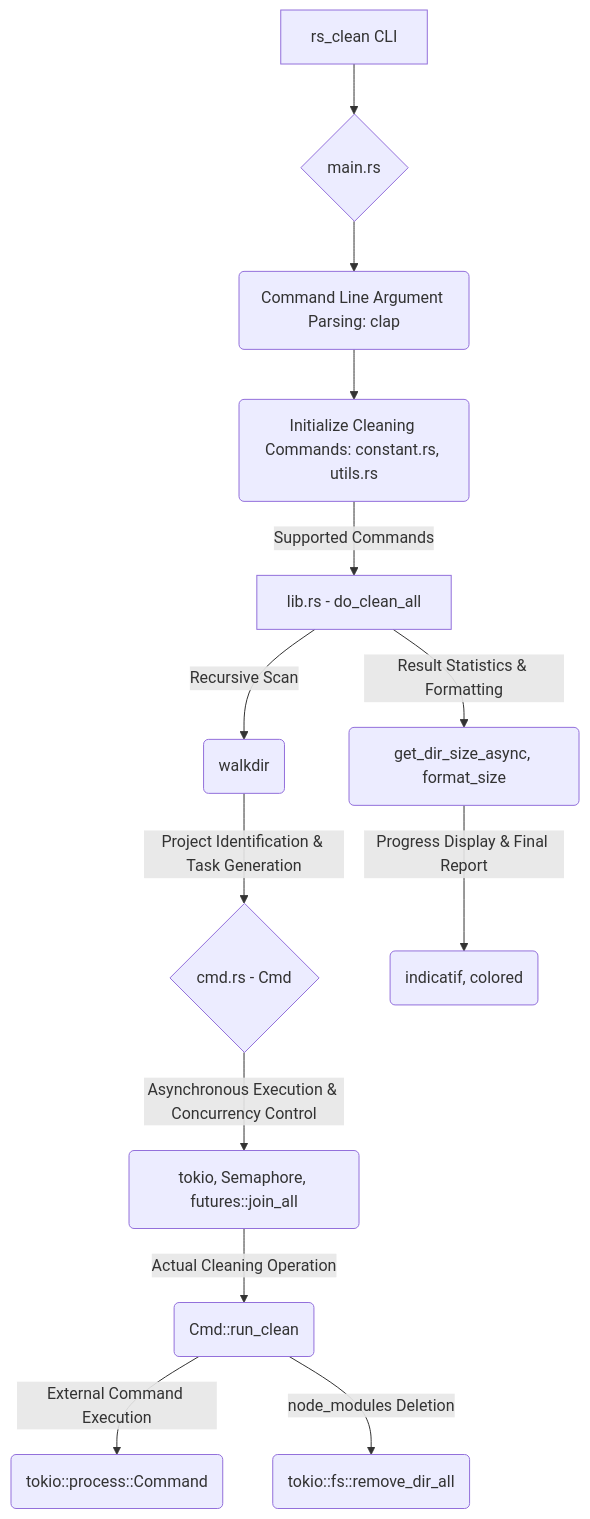
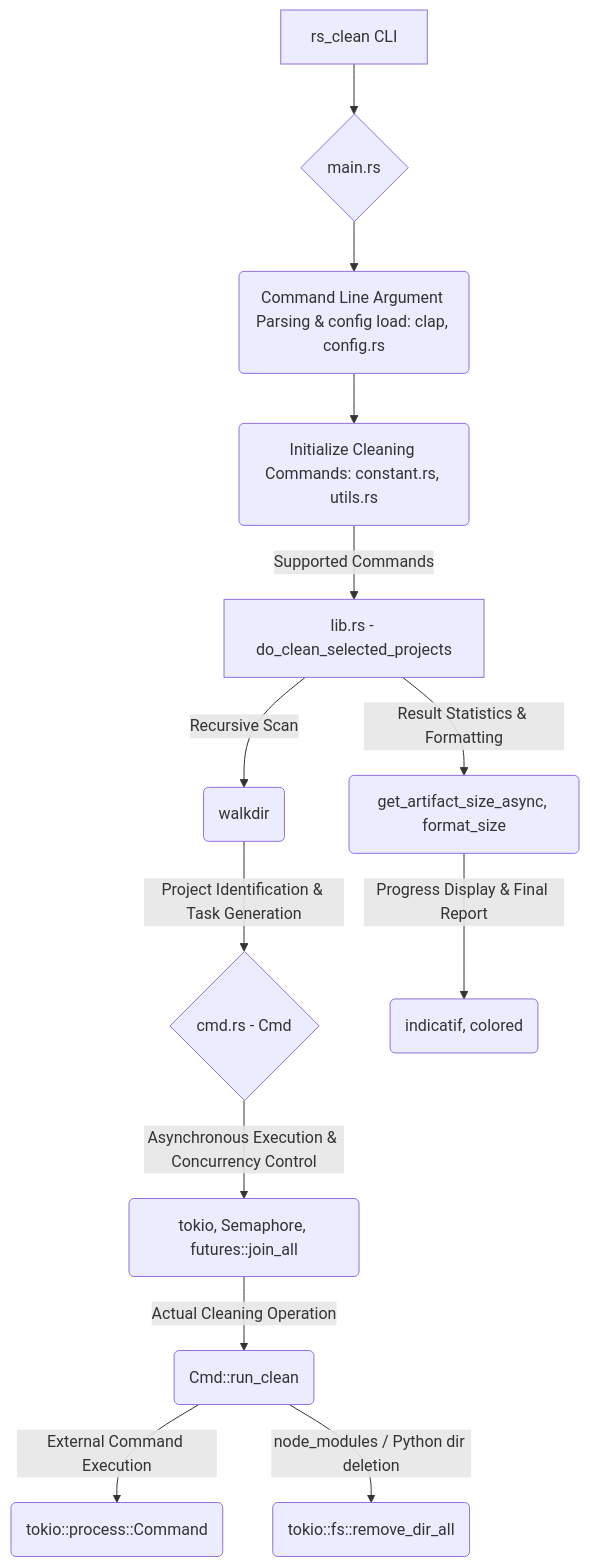
One commit to evallife/rs_clean changed the diagram in README.md. Above: the diagram before and after it, drawn with Mermaid. The commit also changed other lines of this file and 2 other files, not shown here.

First line of the commit message:
docs: align README and example config with CLI behavior

````diff
--- a/README.md
+++ b/README.md
@@ -12,15 +11,15 @@
 ```mermaid
 graph TD
     A[rs_clean CLI] --> B{main.rs};
-    B --> C(Command Line Argument Parsing: clap);
+    B --> C(Command Line Argument Parsing & config load: clap, config.rs);
     C --> D(Initialize Cleaning Commands: constant.rs, utils.rs);
-    D -- Supported Commands --> E[lib.rs - do_clean_all];
+    D -- Supported Commands --> E[lib.rs - do_clean_selected_projects];
     E -- Recursive Scan --> F(walkdir);
     F -- Project Identification & Task Generation --> G{cmd.rs - Cmd};
     G -- Asynchronous Execution & Concurrency Control --> H(tokio, Semaphore, futures::join_all);
     H -- Actual Cleaning Operation --> I(Cmd::run_clean);
     I -- External Command Execution --> J(tokio::process::Command);
-    I -- node_modules Deletion --> K(tokio::fs::remove_dir_all);
-    E -- Result Statistics & Formatting --> L(get_dir_size_async, format_size);
+    I -- node_modules / Python dir deletion --> K(tokio::fs::remove_dir_all);
+    E -- Result Statistics & Formatting --> L(get_artifact_size_async, format_size);
     L -- Progress Display & Final Report --> M(indicatif, colored);
 ```
````
